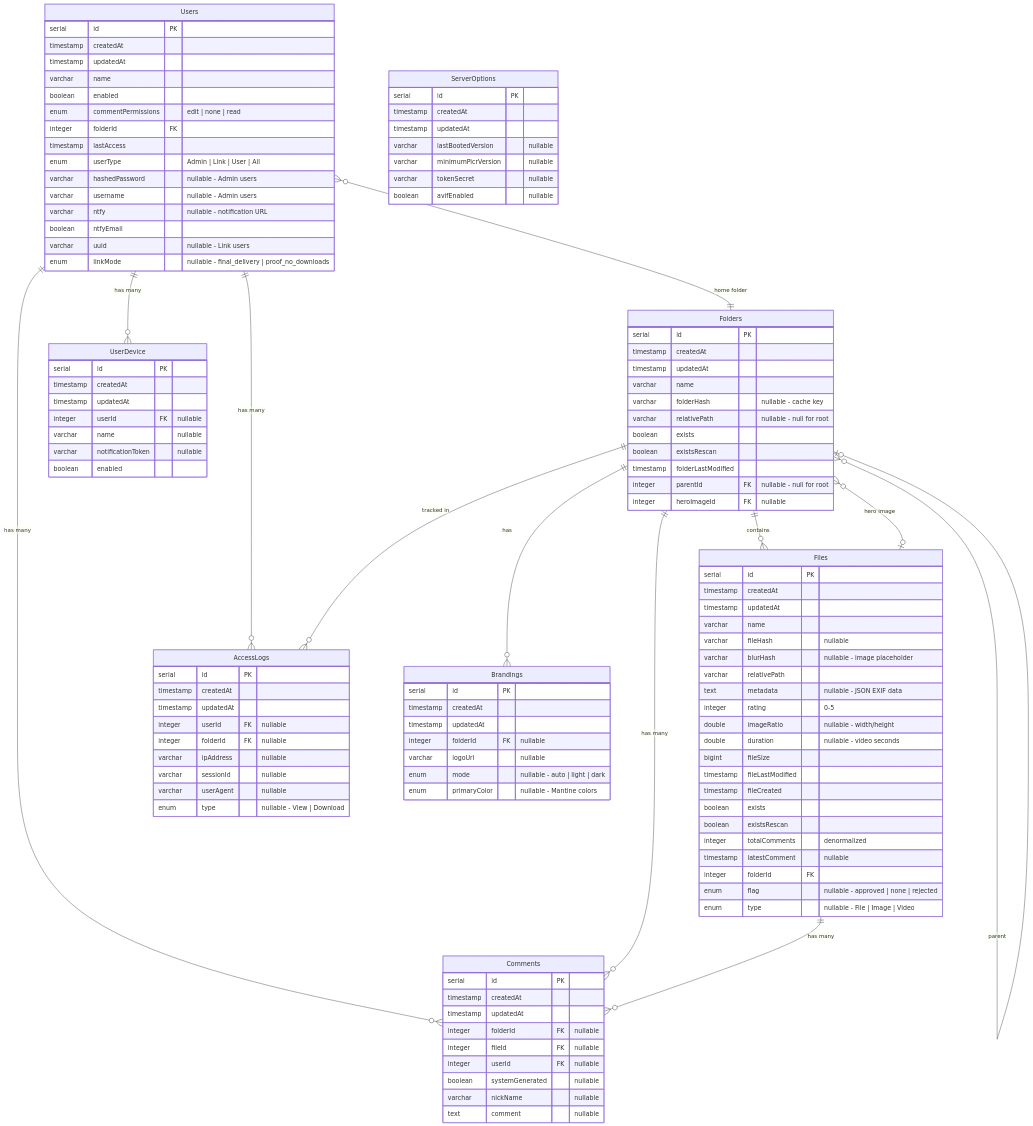
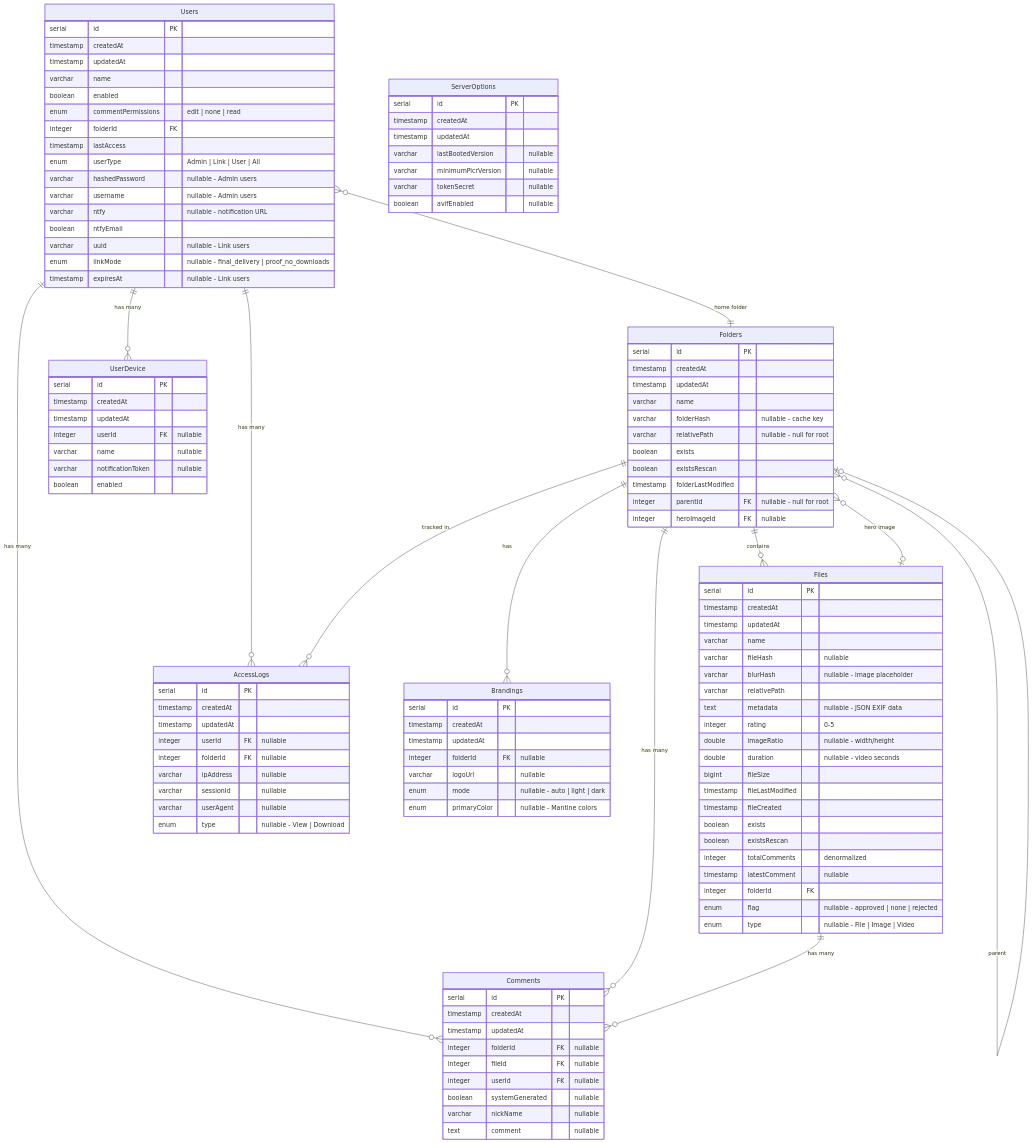
One commit to IsaacInsoll/PICR changed the diagram in backend/database-erd.md. Above: the diagram before and after it, drawn with Mermaid. The commit also changed 25 other files, not shown here.

```diff
--- a/backend/database-erd.md
+++ b/backend/database-erd.md
@@ -20,6 +20,7 @@
         boolean ntfyEmail
         varchar uuid "nullable - Link users"
         enum linkMode "nullable - final_delivery | proof_no_downloads"
+        timestamp expiresAt "nullable - Link users"
     }
 
     Folders {
```
